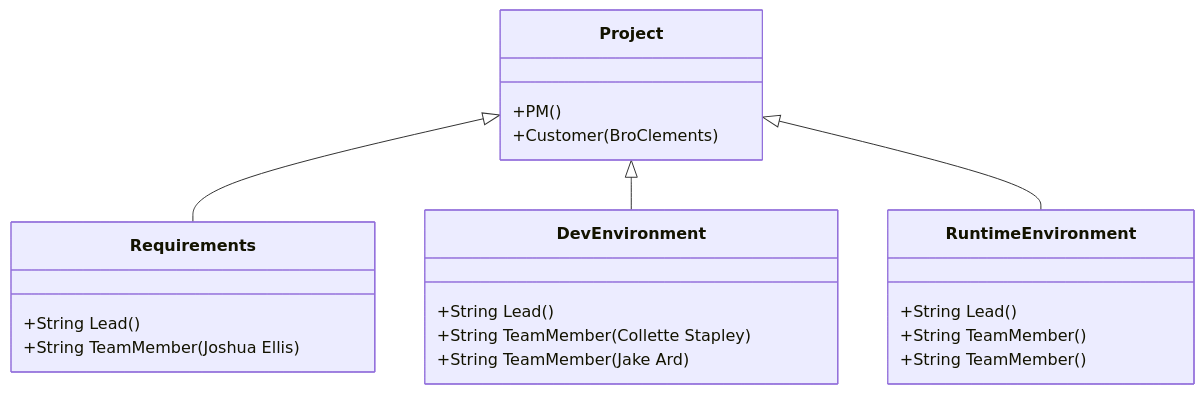
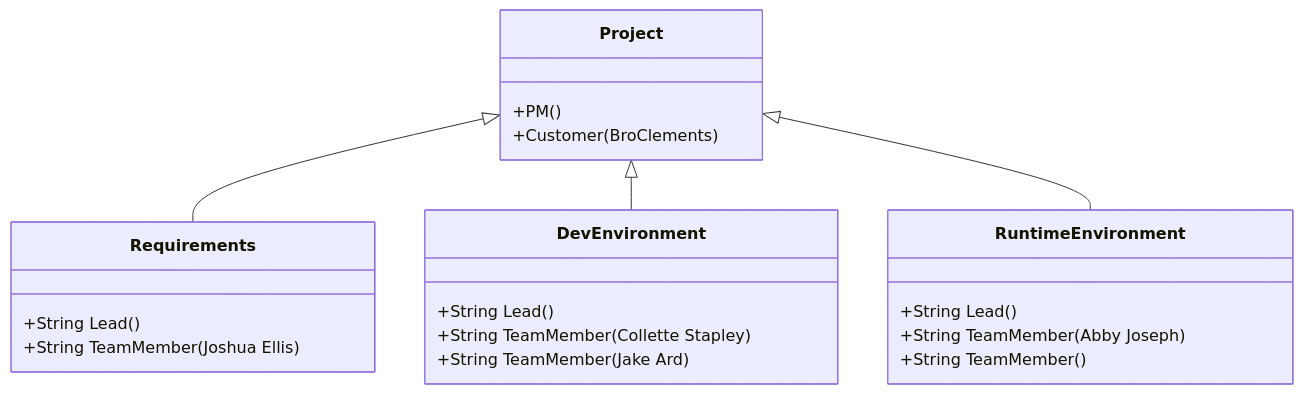
One commit to anrj2/2024SprCSE397PCP changed the first of 2 diagrams in project/org/OrganizationChart.md. Above: the diagram before and after it, drawn with Mermaid.

````diff
--- a/project/org/OrganizationChart.md
+++ b/project/org/OrganizationChart.md
@@ -2,23 +2,23 @@
 ```mermaid
 classDiagram
       Project <|-- Requirements
       Project <|-- DevEnvironment
       Project <|-- RuntimeEnvironment
       Project : +PM()
       Project : +Customer(BroClements)
       class Requirements{
           +String Lead()
           +String TeamMember(Joshua Ellis)
 
       }
       class DevEnvironment{
           +String Lead()
           +String TeamMember(Collette Stapley)
           +String TeamMember(Jake Ard)
       }
       class RuntimeEnvironment{
           +String Lead()
-          +String TeamMember()
+          +String TeamMember(Abby Joseph)
           +String TeamMember()
       }
 ```
````
